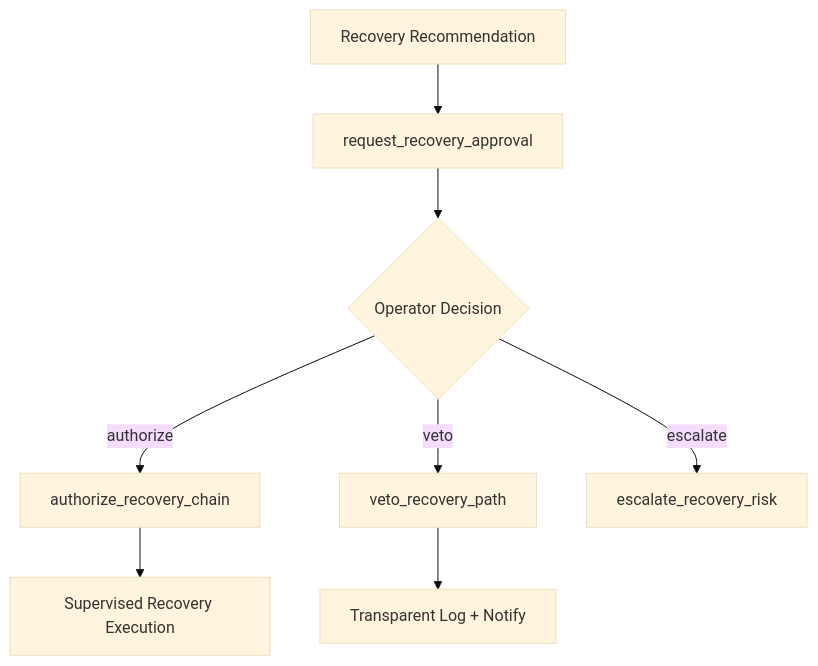
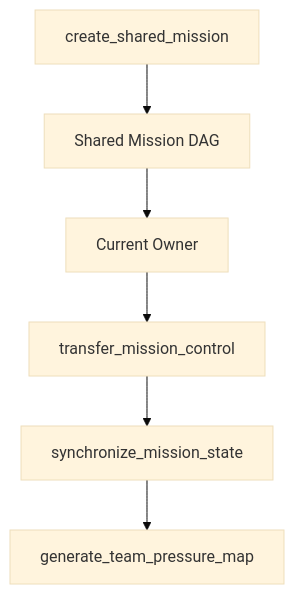
Before and after one commit to FrostXMello/odin-runtime: the fifth of 6 diagrams in README.md, drawn with Mermaid (base theme). The commit also changed other lines of this file and 30 other files, not shown here.

````diff
--- a/README.md
+++ b/README.md
@@ -174,10 +132,8 @@
 ```mermaid
-flowchart TB
-    REC[Recovery Recommendation] --> REQ[request_recovery_approval]
-    REQ --> OP{Operator Decision}
-    OP -->|authorize| AUTH[authorize_recovery_chain]
-    OP -->|veto| VETO[veto_recovery_path]
-    OP -->|escalate| ESC[escalate_recovery_risk]
-    AUTH --> EXEC[Supervised Recovery Execution]
-    VETO --> LOG[Transparent Log + Notify]
+flowchart TD
+    CREATE[create_shared_mission] --> DAG[Shared Mission DAG]
+    DAG --> OWNER[Current Owner]
+    OWNER --> TRANSFER[transfer_mission_control]
+    TRANSFER --> SYNC[synchronize_mission_state]
+    SYNC --> PRESSURE[generate_team_pressure_map]
 ```
````
